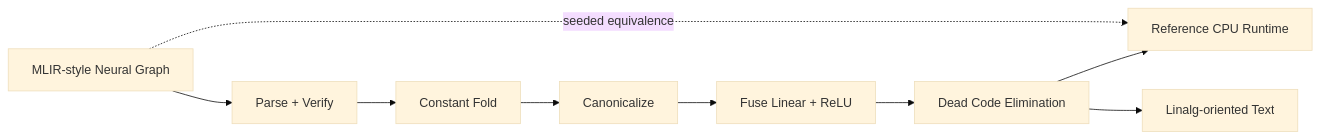
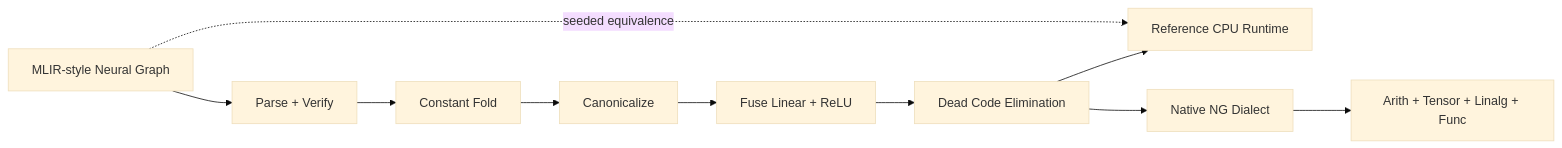
The diagram in README.md (TarunT27/mlir-neural-graph-optimizer), drawn with Mermaid (base theme) before and after one commit. The commit also changed other lines of this file and 45 other files, not shown here.

````diff
--- a/README.md
+++ b/README.md
@@ -119,11 +126,12 @@
 ```mermaid
 flowchart LR
   A["MLIR-style Neural Graph"] --> B["Parse + Verify"]
   B --> C["Constant Fold"]
   C --> D["Canonicalize"]
   D --> E["Fuse Linear + ReLU"]
   E --> F["Dead Code Elimination"]
   F --> G["Reference CPU Runtime"]
-  F --> H["Linalg-oriented Text"]
+  F --> H["Native NG Dialect"]
+  H --> I["Arith + Tensor + Linalg + Func"]
   A -. "seeded equivalence" .-> G
 ```
````
